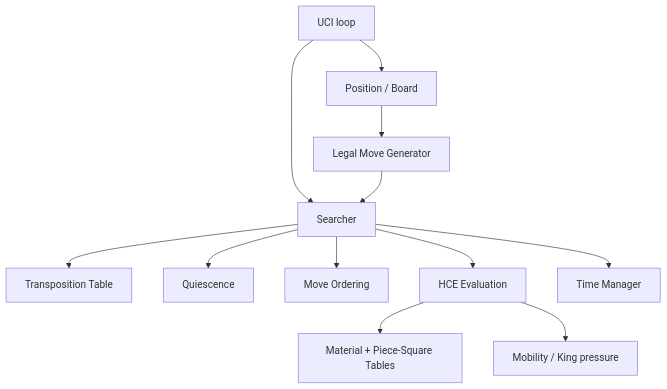
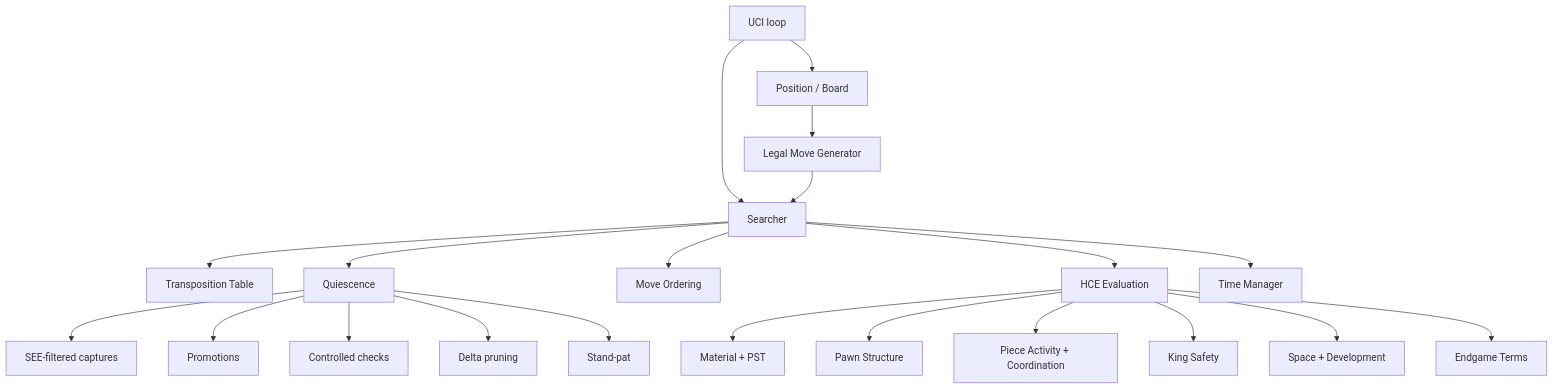
The first of 2 diagrams in docs/ARCHITECTURE.md (ObedienceAdara/acquila-chess-engine), drawn with Mermaid before and after one commit. The commit also changed other lines of this file and 5 other files, not shown here.

````diff
--- a/docs/ARCHITECTURE.md
+++ b/docs/ARCHITECTURE.md
@@ -3,14 +3,23 @@
 ```mermaid
 flowchart TD
     UCI[UCI loop] --> POS[Position / Board]
     UCI --> SEARCH[Searcher]
     POS --> GEN[Legal Move Generator]
     GEN --> SEARCH
     SEARCH --> TT[Transposition Table]
     SEARCH --> Q[Quiescence]
     SEARCH --> HEUR[Move Ordering]
     SEARCH --> EVAL[HCE Evaluation]
     SEARCH --> TIME[Time Manager]
-    EVAL --> PST[Material + Piece-Square Tables]
-    EVAL --> MOB[Mobility / King pressure]
+    EVAL --> PST[Material + PST]
+    EVAL --> PAWN[Pawn Structure]
+    EVAL --> ACT[Piece Activity + Coordination]
+    EVAL --> KS[King Safety]
+    EVAL --> SPACE[Space + Development]
+    EVAL --> END[Endgame Terms]
+    Q --> QCAP[SEE-filtered captures]
+    Q --> QPROM[Promotions]
+    Q --> QCHK[Controlled checks]
+    Q --> QDELTA[Delta pruning]
+    Q --> QSTAND[Stand-pat]
 ```
````
